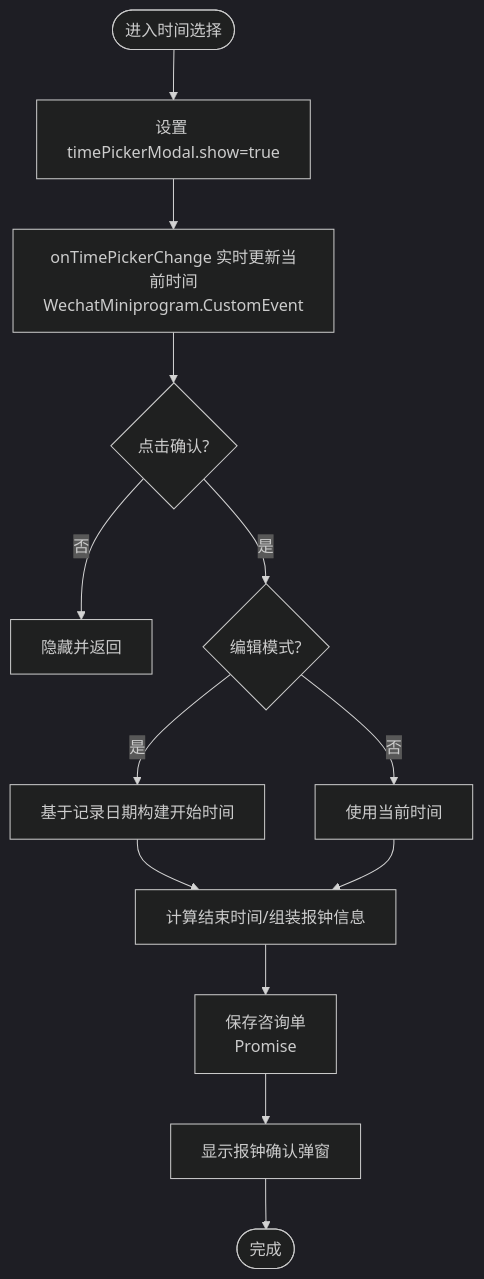
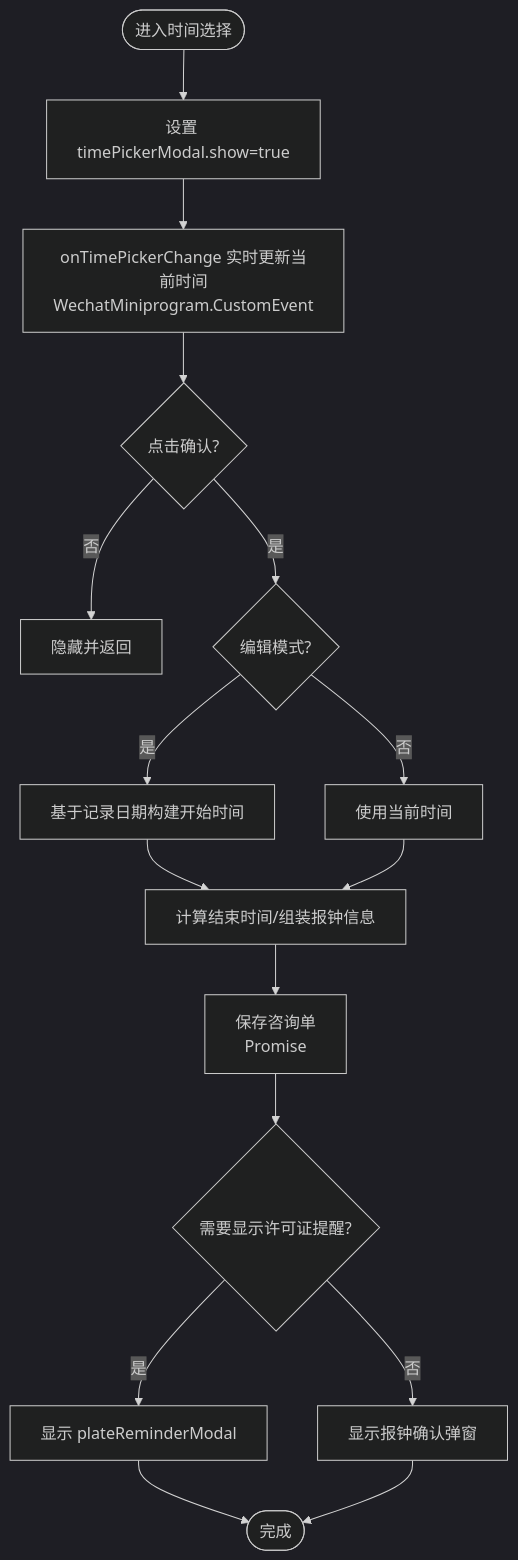
One commit to xwHoward/padoo-consulation-printer changed the fourth of 8 diagrams in .qoder/repowiki/zh/content/咨询单管理系统/模态框处理器.md. Above: the diagram before and after it, drawn with Mermaid (dark theme). The commit also changed other lines of this file and 21 other files, not shown here.

````diff
--- a/.qoder/repowiki/zh/content/咨询单管理系统/模态框处理器.md
+++ b/.qoder/repowiki/zh/content/咨询单管理系统/模态框处理器.md
@@ -167,15 +176,18 @@
 ```mermaid
 flowchart TD
 Start(["进入时间选择"]) --> Show["设置 timePickerModal.show=true"]
 Show --> Change["onTimePickerChange 实时更新当前时间<br/>WechatMiniprogram.CustomEvent"]
 Change --> Confirm{"点击确认?"}
 Confirm --> |否| Cancel["隐藏并返回"]
 Confirm --> |是| EditMode{"编辑模式?"}
 EditMode --> |是| BuildEdit["基于记录日期构建开始时间"]
 EditMode --> |否| BuildNow["使用当前时间"]
 BuildEdit --> Calc["计算结束时间/组装报钟信息"]
 BuildNow --> Calc
 Calc --> Save["保存咨询单<br/>Promise<boolean>"]
-Save --> Push["显示报钟确认弹窗"]
-Push --> End(["完成"])
+Save --> Check{"需要显示许可证提醒?"}
+Check --> |是| ShowReminder["显示 plateReminderModal"]
+Check --> |否| ShowClockIn["显示报钟确认弹窗"]
+ShowReminder --> End(["完成"])
+ShowClockIn --> End
 ```
````
